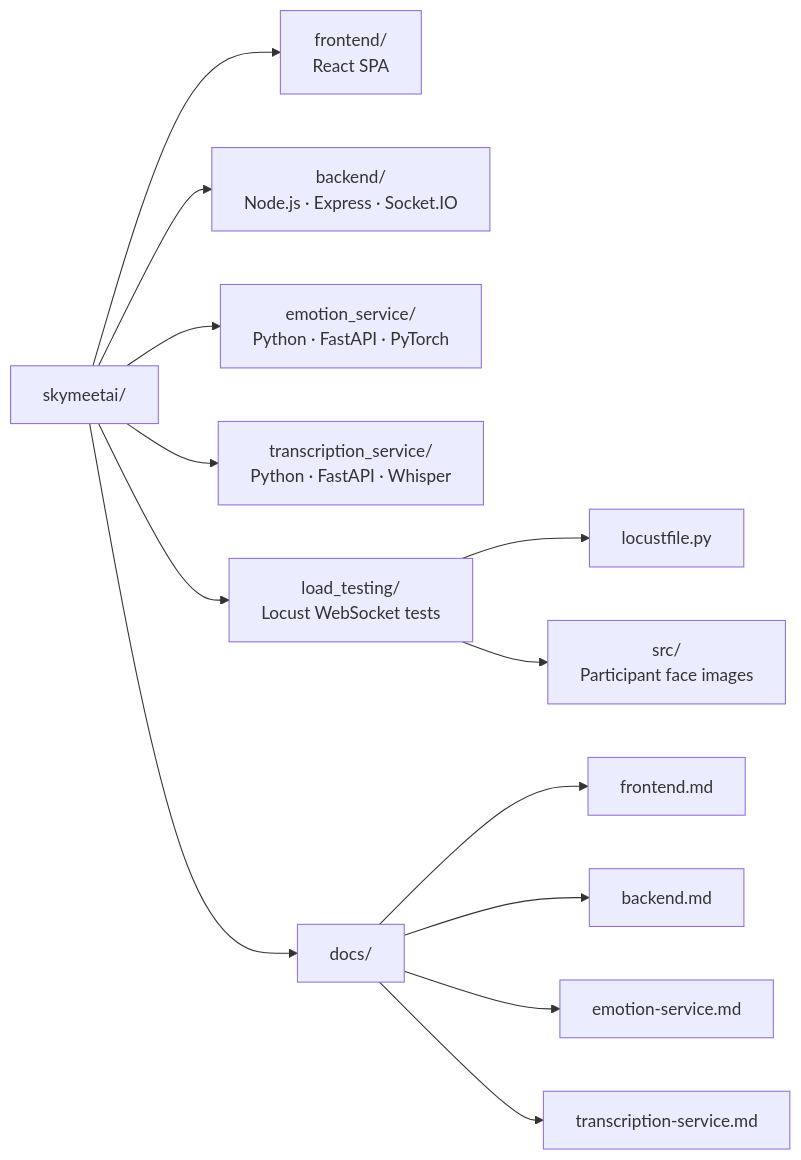
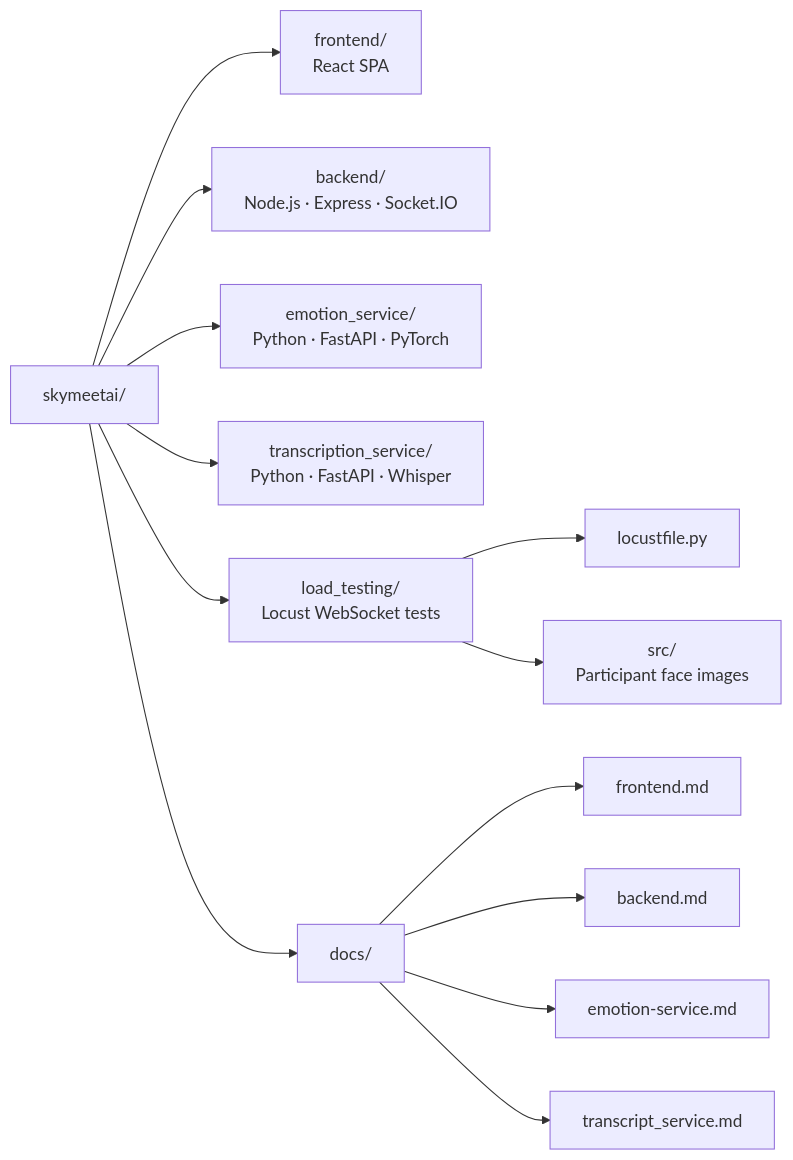
The first of 9 diagrams in README.md (AnupamKumar-1/Hoovik), drawn with Mermaid before and after one commit. The commit also changed other lines of this file, not shown here.

````diff
--- a/README.md
+++ b/README.md
@@ -89,20 +89,20 @@
 ```mermaid
 graph LR
     Root["skymeetai/"]
     FE["frontend/\nReact SPA"]
     BE["backend/\nNode.js · Express · Socket.IO"]
     EM["emotion_service/\nPython · FastAPI · PyTorch"]
     TR["transcription_service/\nPython · FastAPI · Whisper"]
     LT["load_testing/\nLocust WebSocket tests"]
     LF["locustfile.py"]
     SR["src/\nParticipant face images"]
     DO["docs/"]
     FD["frontend.md"]
     BD["backend.md"]
     ED["emotion-service.md"]
-    TD["transcription-service.md"]
+    TD["transcript_service.md"]
 
     Root --> FE & BE & EM & TR & LT & DO
     LT --> LF & SR
     DO --> FD & BD & ED & TD
 ```
````
